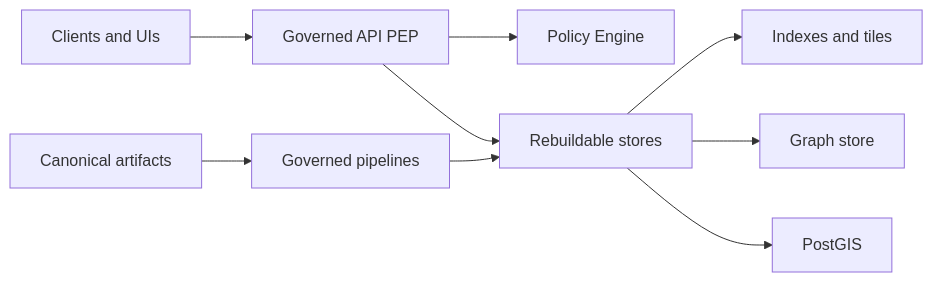
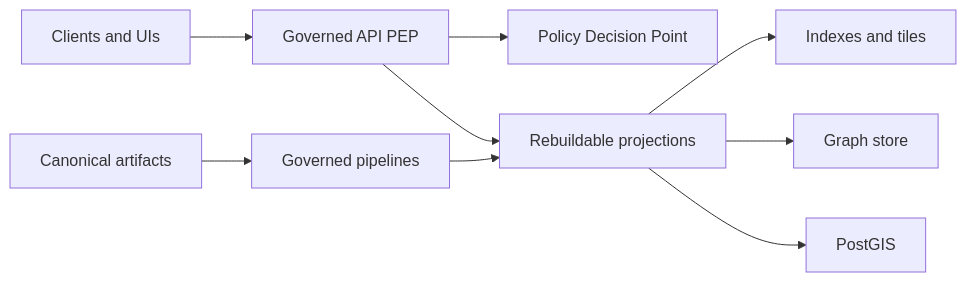
Before and after one commit to bartytime4life/Kansas-Frontier-Matrix: the first of 2 diagrams in migrations/README.md, drawn with Mermaid. The commit also changed other lines of this file, not shown here.

````diff
--- a/migrations/README.md
+++ b/migrations/README.md
@@ -130,11 +142,11 @@
 ```mermaid
 flowchart LR
   U[Clients and UIs] --> PEP[Governed API PEP]
-  PEP --> POL[Policy Engine]
-  PEP --> PROJ[Rebuildable stores]
+  PEP --> PDP[Policy Decision Point]
+  PEP --> PROJ[Rebuildable projections]
   PROJ --> IDX[Indexes and tiles]
   PROJ --> G[Graph store]
   PROJ --> PG[PostGIS]
   CAN[Canonical artifacts] --> PIPE[Governed pipelines]
   PIPE --> PROJ
 ```
````
